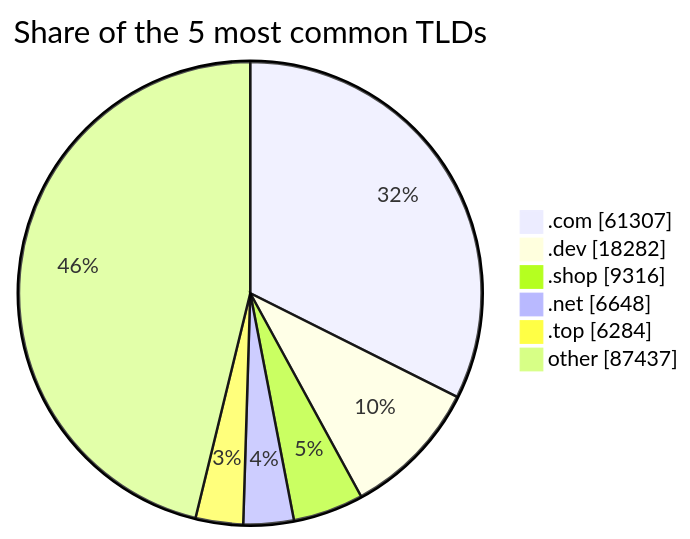
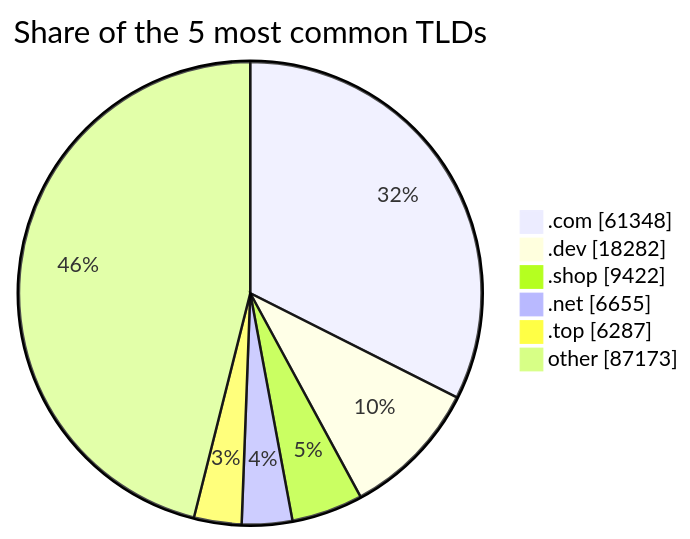
One commit to DNSBunker/CTI changed the third of 3 diagrams in README.md. Above: the diagram before and after it, drawn with Mermaid. The commit also changed other lines of this file and 3 other files, not shown here.

````diff
--- a/README.md
+++ b/README.md
@@ -81,9 +81,9 @@
 ```mermaid
 pie showData title Share of the 5 most common TLDs
-    ".com" : 61307
+    ".com" : 61348
     ".dev" : 18282
-    ".shop" : 9316
-    ".net" : 6648
-    ".top" : 6284
-    "other" : 87437
+    ".shop" : 9422
+    ".net" : 6655
+    ".top" : 6287
+    "other" : 87173
 ```
````
